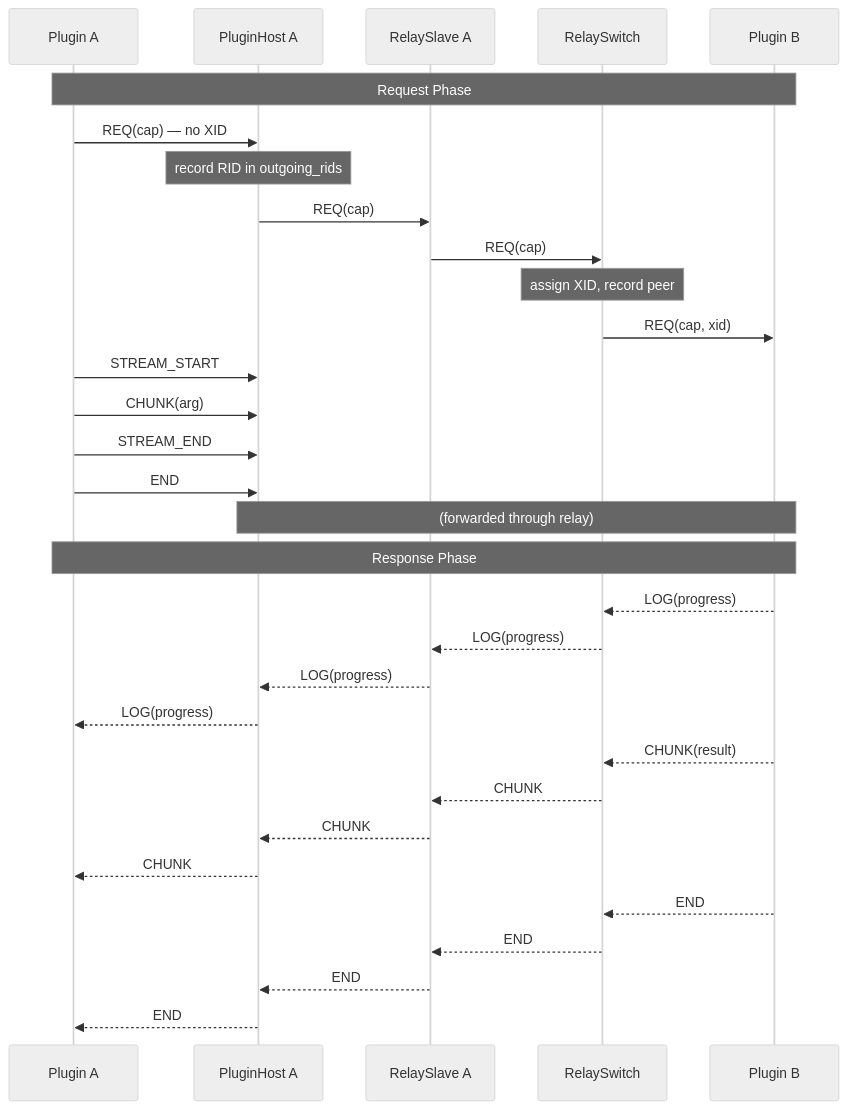
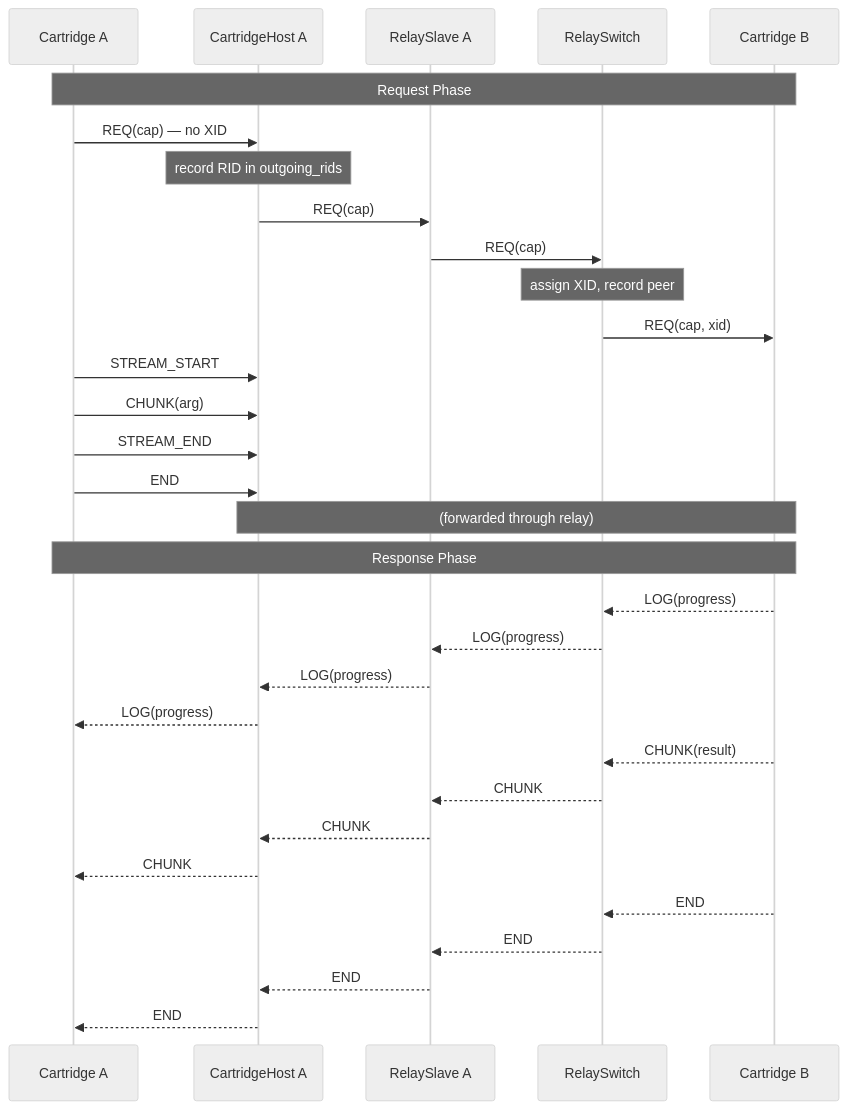
Before and after one commit to machinefabric/capns: the diagram in docs/13.3-PEER-INVOCATION.md, drawn with Mermaid (neutral theme). The commit also changed other lines of this file and 53 other files, not shown here.

````diff
--- a/docs/13.3-PEER-INVOCATION.md
+++ b/docs/13.3-PEER-INVOCATION.md
@@ -141,38 +141,38 @@
 ```mermaid
 sequenceDiagram
-    participant PA as Plugin A
-    participant PHA as PluginHost A
+    participant PA as Cartridge A
+    participant PHA as CartridgeHost A
     participant RSA as RelaySlave A
     participant SW as RelaySwitch
-    participant PB as Plugin B
+    participant PB as Cartridge B
 
     Note over PA,PB: Request Phase
     PA->>PHA: REQ(cap) — no XID
     Note over PHA: record RID in outgoing_rids
     PHA->>RSA: REQ(cap)
     RSA->>SW: REQ(cap)
     Note over SW: assign XID, record peer
     SW->>PB: REQ(cap, xid)
 
     PA->>PHA: STREAM_START
     PA->>PHA: CHUNK(arg)
     PA->>PHA: STREAM_END
     PA->>PHA: END
     Note over PHA,PB: (forwarded through relay)
 
     Note over PA,PB: Response Phase
     PB-->>SW: LOG(progress)
     SW-->>RSA: LOG(progress)
     RSA-->>PHA: LOG(progress)
     PHA-->>PA: LOG(progress)
 
     PB-->>SW: CHUNK(result)
     SW-->>RSA: CHUNK
     RSA-->>PHA: CHUNK
     PHA-->>PA: CHUNK
 
     PB-->>SW: END
     SW-->>RSA: END
     RSA-->>PHA: END
     PHA-->>PA: END
 ```
````
